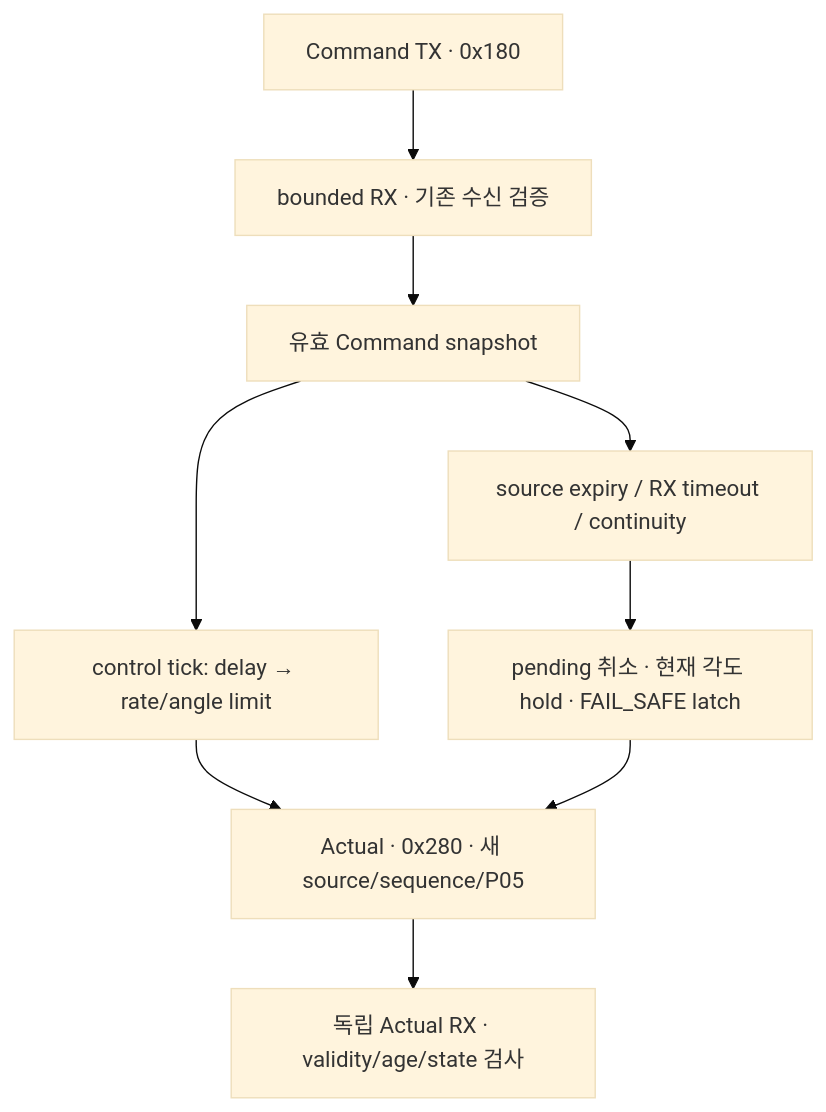
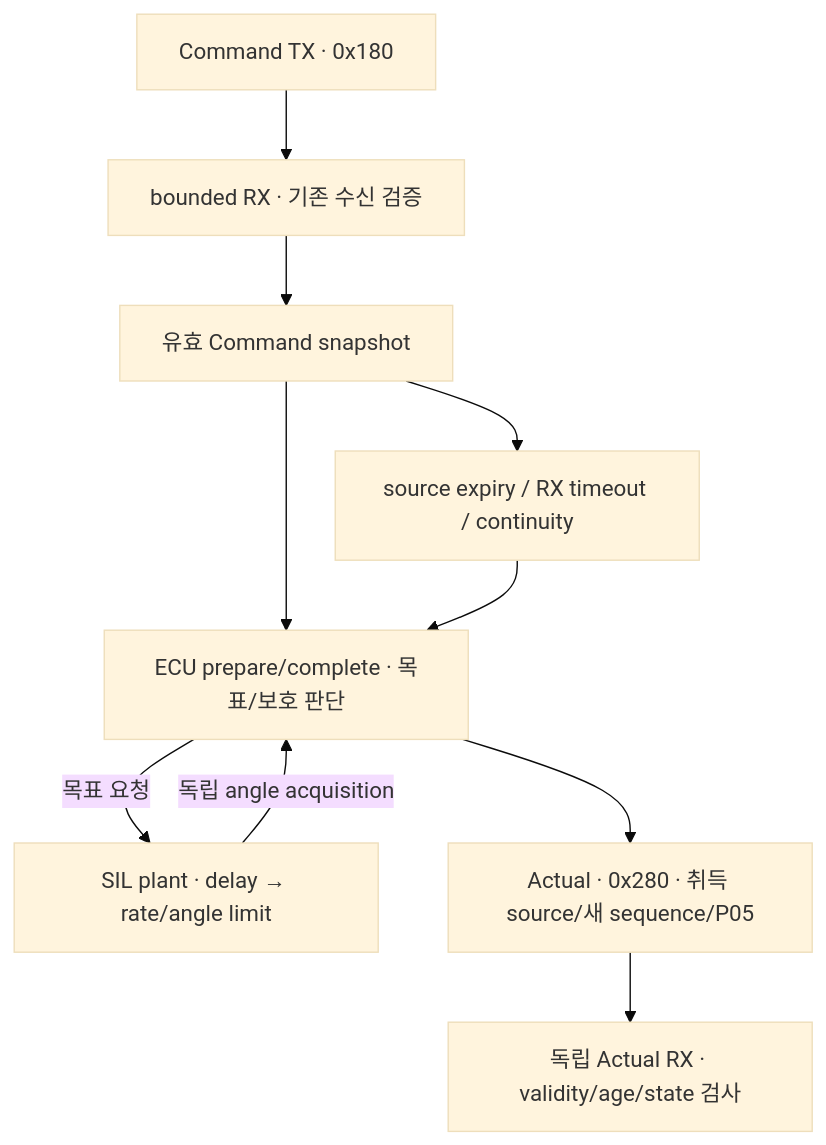
One commit to shinjuyeop/StrataDrive changed the diagram in docs/learning/m2_steering_model.md. Above: the diagram before and after it, drawn with Mermaid (base theme). The commit also changed other lines of this file and 18 other files, not shown here.

Commit message:
docs: align learning guides with ECU and SIL boundaries

````diff
--- a/docs/learning/m2_steering_model.md
+++ b/docs/learning/m2_steering_model.md
@@ -22,11 +22,12 @@
 ```mermaid
 flowchart TB
   TX["Command TX · 0x180"] --> RX["bounded RX · 기존 수신 검증"]
   RX --> SNAP["유효 Command snapshot"]
-  SNAP --> MODEL["control tick: delay → rate/angle limit"]
-  MODEL --> ACT["Actual · 0x280 · 새 source/sequence/P05"]
+  SNAP --> ECU["ECU prepare/complete · 목표/보호 판단"]
+  ECU -->|"목표 요청"| MODEL["SIL plant · delay → rate/angle limit"]
+  MODEL -->|"독립 angle acquisition"| ECU
+  ECU --> ACT["Actual · 0x280 · 취득 source/새 sequence/P05"]
   ACT --> FEEDBACK["독립 Actual RX · validity/age/state 검사"]
   SNAP --> MONITOR["source expiry / RX timeout / continuity"]
-  MONITOR --> HOLD["pending 취소 · 현재 각도 hold · FAIL_SAFE latch"]
-  HOLD --> ACT
+  MONITOR --> ECU
 ```
````
